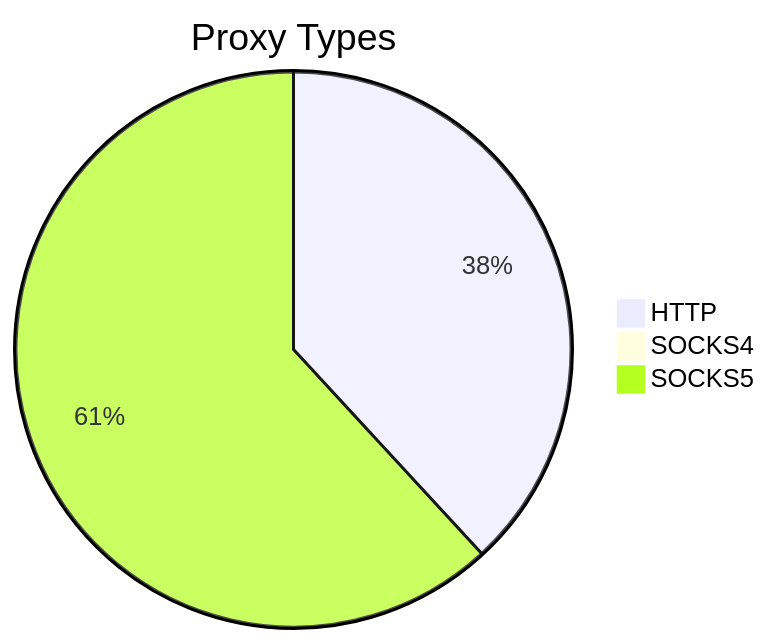
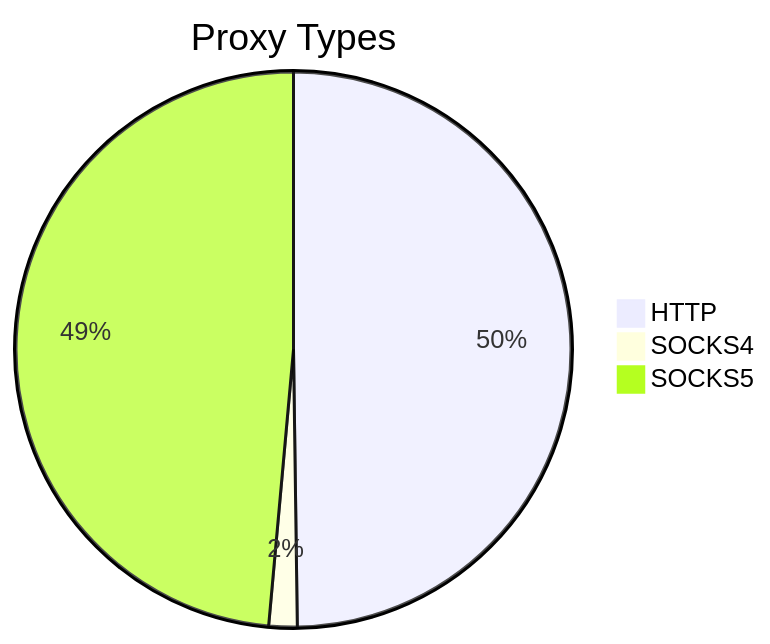
Before and after one commit to stormsia/proxy-list: the first of 2 diagrams in README.md, drawn with Mermaid. The commit also changed other lines of this file, not shown here.

````diff
--- a/README.md
+++ b/README.md
@@ -21,6 +21,6 @@
 ```mermaid
 pie title Proxy Types
-    "HTTP" : 399
-    "SOCKS4" : 9
-    "SOCKS5" : 647
+    "HTTP" : 453
+    "SOCKS4" : 15
+    "SOCKS5" : 442
 ```
````
